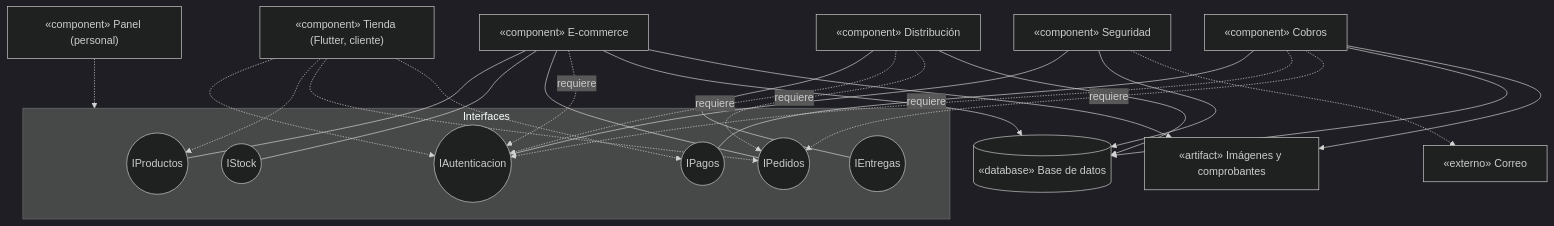
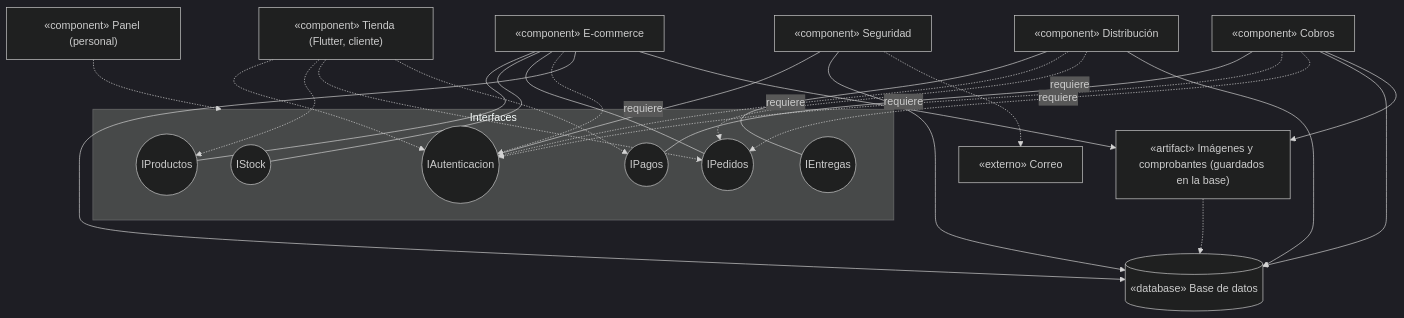
The eighth of 11 diagrams in docs/04-modelos-uml.md (Anton10-AR/DulcesAromas), drawn with Mermaid (dark theme) before and after one commit. The commit also changed other lines of this file, not shown here.

Commit message:
Modelos UML: ImagenProducto, Comprobante y QrMetodoPago en el diagrama de clases; atributos y componentes como en el código (RNF17)

````diff
--- a/docs/04-modelos-uml.md
+++ b/docs/04-modelos-uml.md
@@ -404,36 +423,37 @@
 ```mermaid
 flowchart TB
   Tienda["«component» Tienda (Flutter, cliente)"]
   Panel["«component» Panel (personal)"]
   subgraph Interfaces
     IAut((IAutenticacion))
     IProd((IProductos))
     IStock((IStock))
     IPed((IPedidos))
     IPag((IPagos))
     IEnt((IEntregas))
   end
   Seg["«component» Seguridad"]
   Eco["«component» E-commerce"]
   Cob["«component» Cobros"]
   Dis["«component» Distribución"]
   BD[("«database» Base de datos")]
-  Arch["«artifact» Imágenes y comprobantes"]
+  Arch["«artifact» Imágenes y comprobantes (guardados en la base)"]
   Correo["«externo» Correo"]
   Tienda -.-> IAut & IProd & IPed & IPag
   Panel -.-> Interfaces
   Seg --- IAut
   Eco --- IProd & IStock & IPed
   Cob --- IPag
   Dis --- IEnt
   Eco -.->|requiere| IAut
   Cob -.->|requiere| IAut & IPed
   Dis -.->|requiere| IAut & IPed
   Seg --> BD
   Eco --> BD
   Cob --> BD
   Dis --> BD
   Eco --> Arch
   Cob --> Arch
+  Arch -.-> BD
   Seg -.-> Correo
 ```
````
